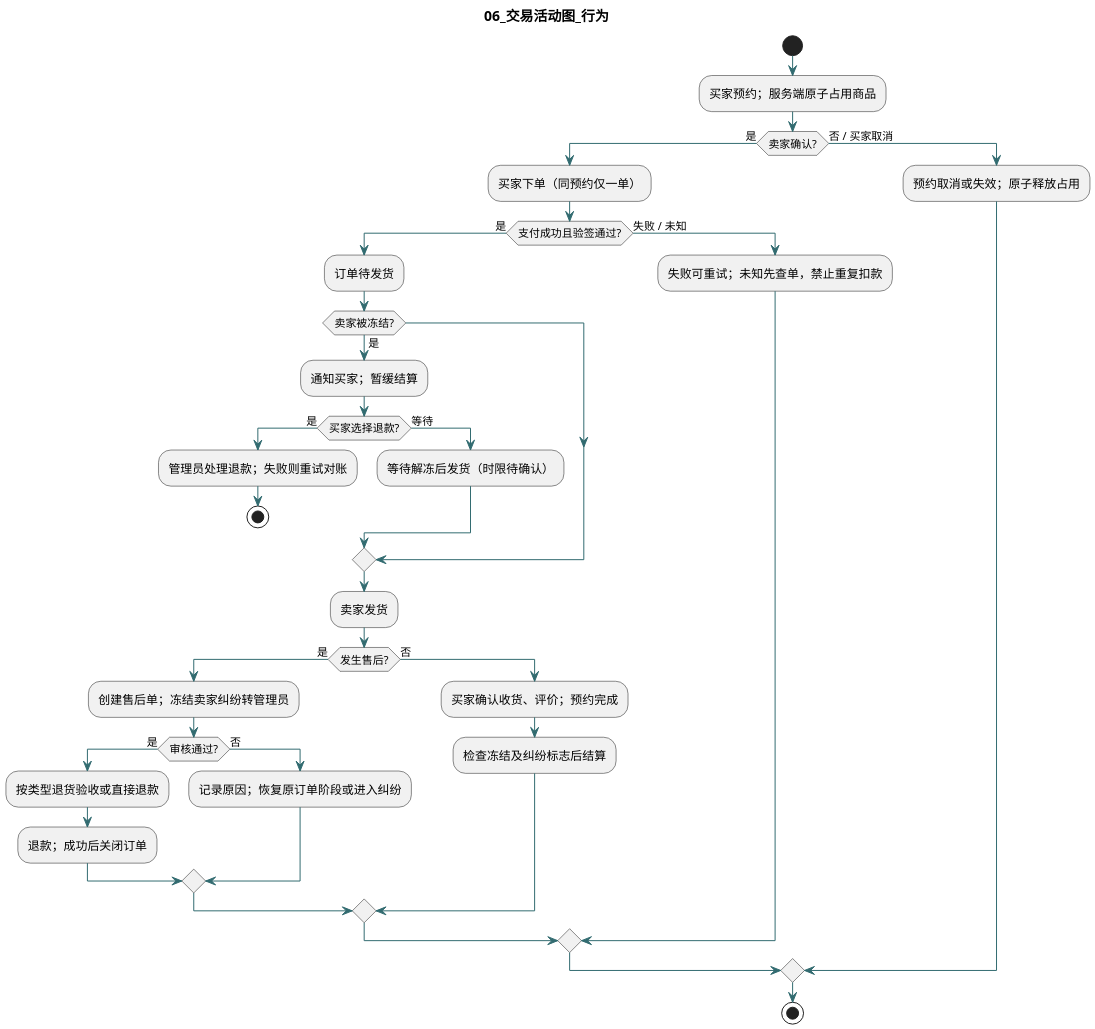
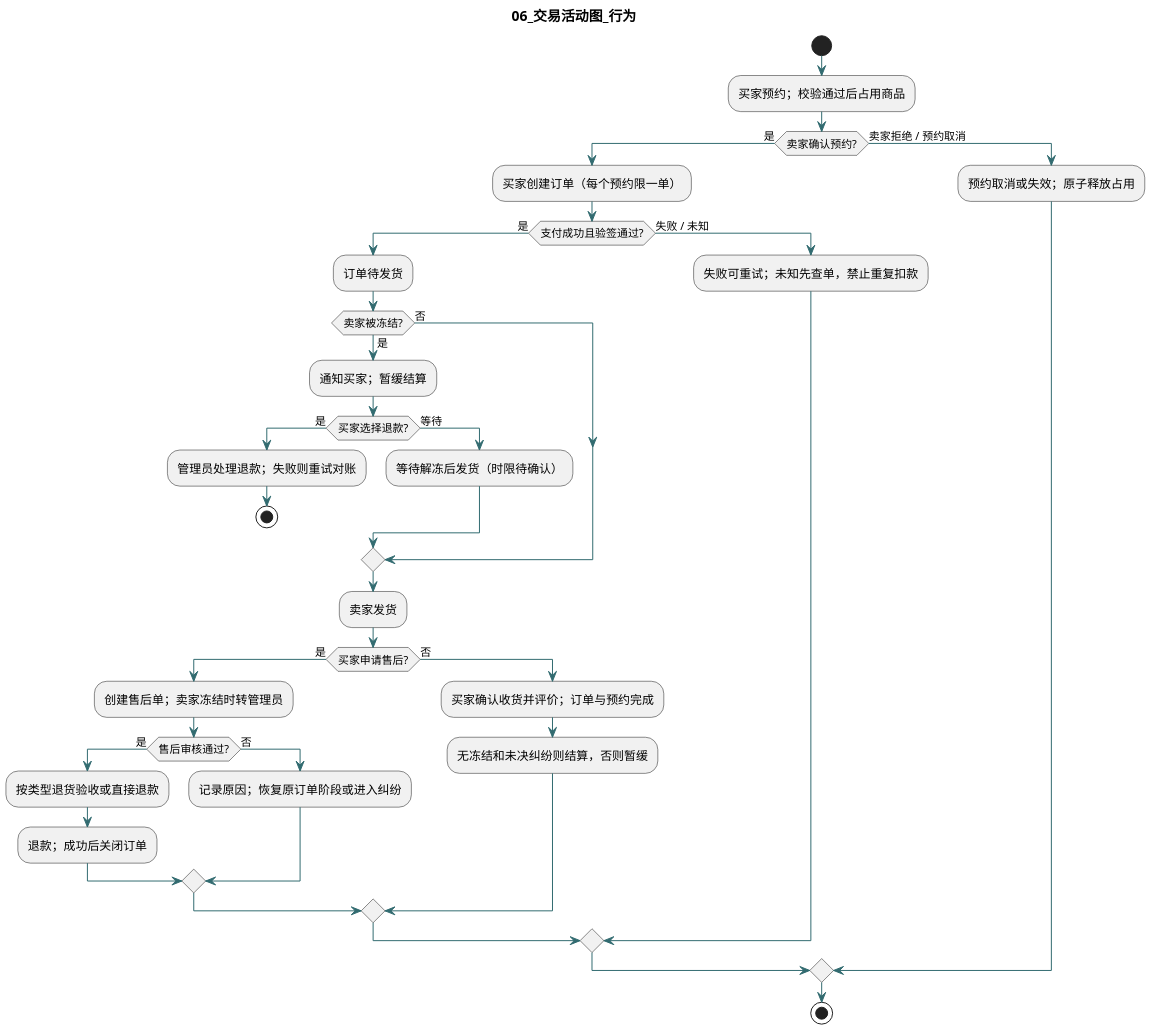
One commit to SyEicL/Software-Engineer-Lab changed the diagram in UML/06_交易活动图_行为.puml. Above: the diagram before and after it, drawn with PlantUML. The commit also changed 7 other files, not shown here.

```diff
--- a/UML/06_交易活动图_行为.puml
+++ b/UML/06_交易活动图_行为.puml
@@ -1,45 +1,46 @@
 @startuml
 !pragma layout smetana
 skinparam defaultFontName Microsoft YaHei
 skinparam dpi 180
 skinparam shadowing false
 skinparam backgroundColor #FFFFFF
 skinparam ArrowColor #326B70
 skinparam classBackgroundColor #EDF7F6
 title 06_交易活动图_行为
 start
-:买家预约；服务端原子占用商品;
-if (卖家确认?) then (是)
- :买家下单（同预约仅一单）;
+:买家预约；校验通过后占用商品;
+if (卖家确认预约?) then (是)
+ :买家创建订单（每个预约限一单）;
  if (支付成功且验签通过?) then (是)
   :订单待发货;
   if (卖家被冻结?) then (是)
    :通知买家；暂缓结算;
    if (买家选择退款?) then (是)
     :管理员处理退款；失败则重试对账;
     stop
    else (等待)
     :等待解冻后发货（时限待确认）;
    endif
+  else (否)
   endif
   :卖家发货;
-  if (发生售后?) then (是)
-   :创建售后单；冻结卖家纠纷转管理员;
-   if (审核通过?) then (是)
+  if (买家申请售后?) then (是)
+   :创建售后单；卖家冻结时转管理员;
+   if (售后审核通过?) then (是)
     :按类型退货验收或直接退款;
     :退款；成功后关闭订单;
    else (否)
     :记录原因；恢复原订单阶段或进入纠纷;
    endif
   else (否)
-   :买家确认收货、评价；预约完成;
-   :检查冻结及纠纷标志后结算;
+   :买家确认收货并评价；订单与预约完成;
+   :无冻结和未决纠纷则结算，否则暂缓;
   endif
  else (失败 / 未知)
   :失败可重试；未知先查单，禁止重复扣款;
  endif
-else (否 / 买家取消)
+else (卖家拒绝 / 预约取消)
  :预约取消或失效；原子释放占用;
 endif
 stop
 @enduml
```
